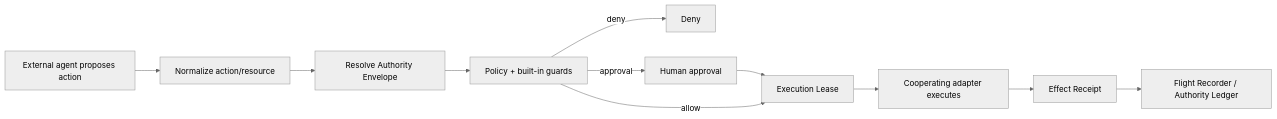
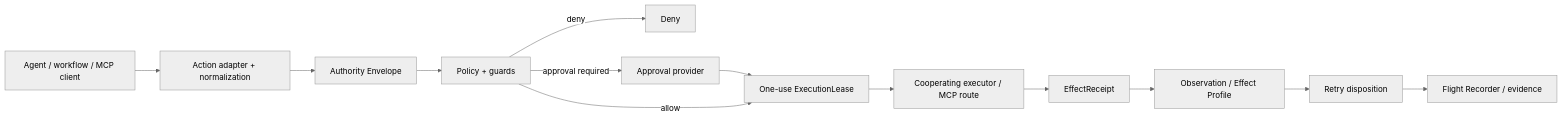
Before and after one commit to ruleoak/ruleoak: the diagram in docs/architecture/OVERVIEW.md, drawn with Mermaid (neutral theme). The commit also changed other lines of this file and 24 other files, not shown here.

````diff
--- a/docs/architecture/OVERVIEW.md
+++ b/docs/architecture/OVERVIEW.md
@@ -5,13 +7,15 @@
 ```mermaid
 flowchart LR
-  A[External agent proposes action] --> N[Normalize action/resource]
-  N --> E[Resolve Authority Envelope]
-  E --> P[Policy + built-in guards]
+  A[Agent / workflow / MCP client] --> N[Action adapter + normalization]
+  N --> E[Authority Envelope]
+  E --> P[Policy + guards]
   P -->|deny| D[Deny]
-  P -->|approval| H[Human approval]
-  H --> L[Execution Lease]
+  P -->|approval required| H[Approval provider]
+  H --> L[One-use ExecutionLease]
   P -->|allow| L
-  L --> X[Cooperating adapter executes]
-  X --> F[Effect Receipt]
-  F --> R[Flight Recorder / Authority Ledger]
+  L --> X[Cooperating executor / MCP route]
+  X --> F[EffectReceipt]
+  F --> O[Observation / Effect Profile]
+  O --> R[Retry disposition]
+  R --> FR[Flight Recorder / evidence]
 ```
````
